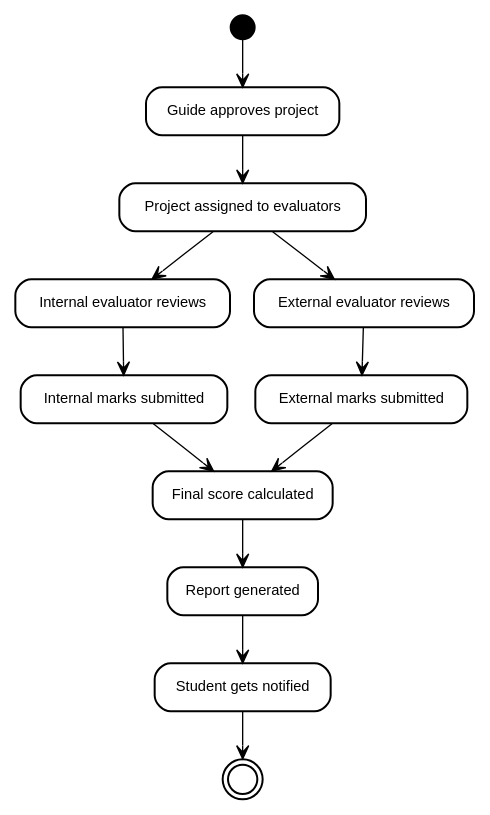
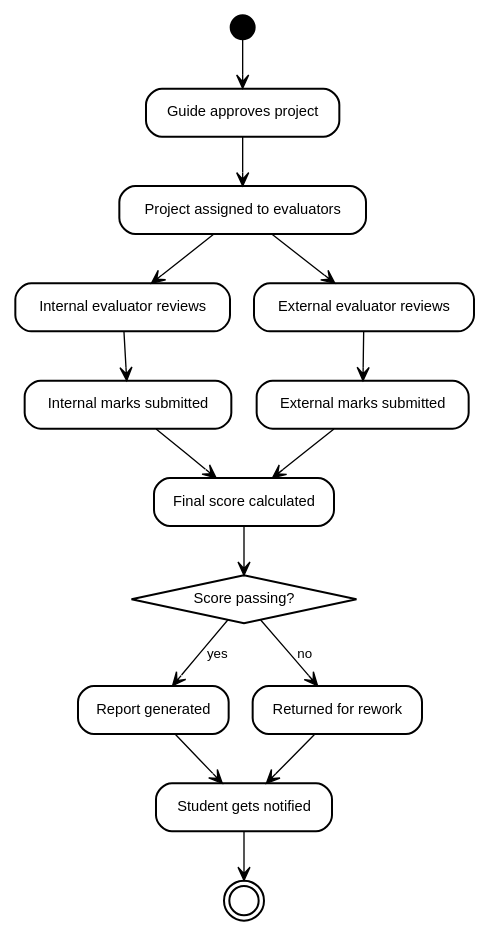
One commit to akshita777/iips-ug-pg-project-repository-system changed the diagram in docs/diagrams/06-activity-evaluation.dot. Above: the diagram before and after it, drawn with Graphviz. The commit also changed 17 other files, not shown here.

First line of the commit message:
Diagrams updated to the agreed domain model

```diff
--- a/docs/diagrams/06-activity-evaluation.dot
+++ b/docs/diagrams/06-activity-evaluation.dot
@@ -1,33 +1,38 @@
 digraph activity_evaluation {
   rankdir=TB;
   bgcolor="white";
   fontname="Helvetica";
 
   node [fontname="Helvetica", fontsize=11, shape=box, style="rounded,filled",
         fillcolor="white", color="black", penwidth=1.5];
   edge [fontname="Helvetica", fontsize=10, color="black", arrowhead="vee"];
 
   start [label="", shape=circle, style="filled", fillcolor="black", width=0.25, height=0.25];
   approved [label="Guide approves project"];
   assign [label="Project assigned to evaluators"];
   internal [label="Internal evaluator reviews"];
   external [label="External evaluator reviews"];
   marks_in [label="Internal marks submitted"];
   marks_ex [label="External marks submitted"];
   total [label="Final score calculated"];
+  pass [label="Score passing?", shape=diamond, style="filled", fillcolor="white"];
   report [label="Report generated"];
+  rework [label="Returned for rework"];
   inform [label="Student gets notified"];
   end [label="", shape=doublecircle, style="filled", fillcolor="white", color="black", width=0.3, height=0.3];
 
   start -> approved;
   approved -> assign;
   assign -> internal;
   assign -> external;
   internal -> marks_in;
   external -> marks_ex;
   marks_in -> total;
   marks_ex -> total;
-  total -> report;
+  total -> pass;
+  pass -> report [label="yes"];
+  pass -> rework [label="no"];
+  rework -> inform;
   report -> inform;
   inform -> end;
 }
```
